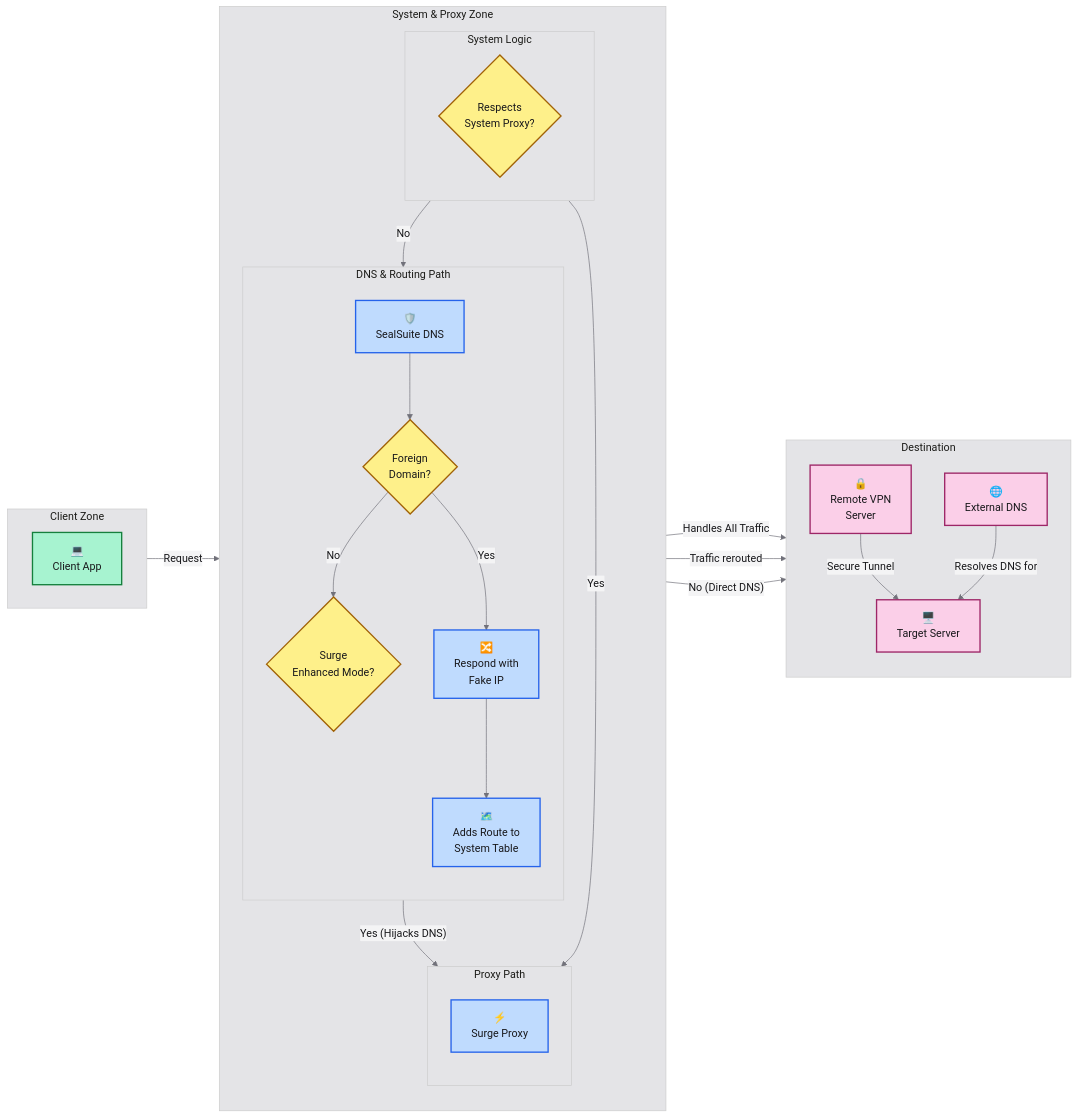
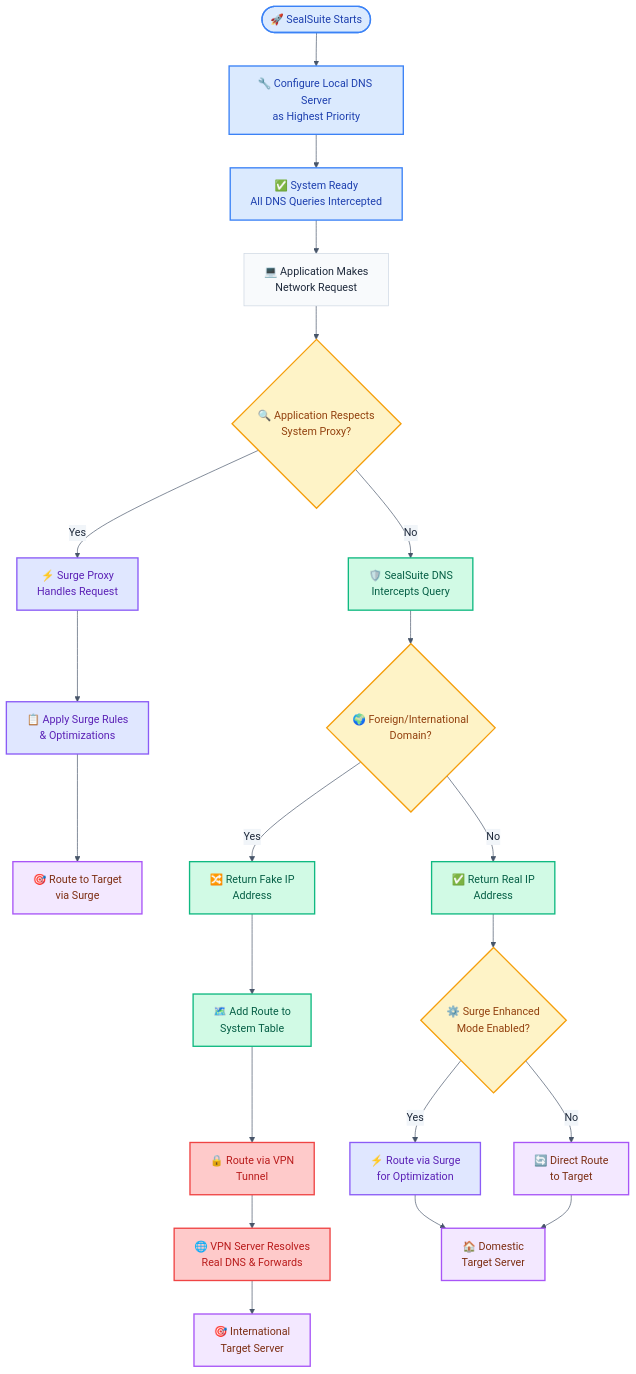
Before and after one commit to Liu-huaicheng/surge-modules: the diagram in docs/sealsuite-surge-integration-flow.md, drawn with Mermaid. The commit also changed other lines of this file, not shown here.

First line of the commit message:
Update SealSuite documentation with comprehensive workflow explanation

````diff
--- a/docs/sealsuite-surge-integration-flow.md
+++ b/docs/sealsuite-surge-integration-flow.md
@@ -7,58 +7,57 @@
 ```mermaid
-%%{init: {'theme': 'base', 'themeVariables': { 'primaryColor': '#F4F4F5', 'primaryTextColor': '#18181B', 'primaryBorderColor': '#E4E4E7', 'lineColor': '#71717A', 'secondaryColor': '#F4F4F5', 'tertiaryColor': '#E4E4E7'}}}%%
-graph LR
-    subgraph Client Zone
-        direction LR
-        A["💻<br>Client App"]
-    end
+%%{init: {'theme': 'base', 'themeVariables': { 'primaryColor': '#F8FAFC', 'primaryTextColor': '#1E293B', 'primaryBorderColor': '#CBD5E1', 'lineColor': '#475569', 'secondaryColor': '#F1F5F9', 'tertiaryColor': '#E2E8F0', 'background': '#FFFFFF', 'mainBkg': '#F8FAFC', 'secondBkg': '#F1F5F9'}}}%%
+flowchart TD
+    %% Setup Phase
+    Start([🚀 SealSuite Starts]) --> Setup[🔧 Configure Local DNS Server<br/>as Highest Priority]
+    Setup --> Ready[✅ System Ready<br/>All DNS Queries Intercepted]
 
-    subgraph System & Proxy Zone
-        direction TB
-        subgraph System Logic
-            direction LR
-            B{Respects<br>System Proxy?}
-        end
-        subgraph DNS & Routing Path
-            direction TB
-            C["🛡️<br>SealSuite DNS"] --> D{Foreign<br>Domain?}
-            D -- No --> F{Surge<br>Enhanced Mode?}
-            D -- Yes --> E["🔀<br>Respond with<br>Fake IP"]
-            E --> J["🗺️<br>Adds Route to<br>System Table"]
-        end
-        subgraph Proxy Path
-             direction TB
-             G["⚡️<br>Surge Proxy"]
-        end
-    end
+    %% Application Request
+    Ready --> AppReq[💻 Application Makes<br/>Network Request]
 
-    subgraph Destination
-        direction TB
-        H["🖥️<br>Target Server"]
-        I["🌐<br>External DNS"]
-        K["🔒<br>Remote VPN<br>Server"]
-    end
+    %% Proxy Detection
+    AppReq --> ProxyCheck{🔍 Application Respects<br/>System Proxy?}
 
-    A -- Request --> B
+    %% Surge Path
+    ProxyCheck -->|Yes| SurgeProxy[⚡ Surge Proxy<br/>Handles Request]
+    SurgeProxy --> SurgeRules[📋 Apply Surge Rules<br/>& Optimizations]
+    SurgeRules --> SurgeTarget[🎯 Route to Target<br/>via Surge]
 
-    B -- Yes --> G
-    G -- "Handles All Traffic" --> H
+    %% SealSuite DNS Path
+    ProxyCheck -->|No| DNSIntercept[🛡️ SealSuite DNS<br/>Intercepts Query]
 
-    B -- No --> C
-    
-    J -- "Traffic rerouted" --> K
-    K -- "Secure Tunnel" --> H
-    
-    F -- "Yes (Hijacks DNS)" --> G
-    F -- "No (Direct DNS)" --> I
-    I -- "Resolves DNS for" --> H
-    
-    classDef client fill:#A7F3D0,stroke:#15803D,stroke-width:2px,color:#18181B
-    classDef system fill:#BFDBFE,stroke:#2563EB,stroke-width:2px,color:#18181B
-    classDef destination fill:#FBCFE8,stroke:#9D2667,stroke-width:2px,color:#18181B
-    classDef decision fill:#FEF08A,stroke:#A16207,stroke-width:2px,color:#18181B
+    %% Domain Classification
+    DNSIntercept --> DomainCheck{🌍 Foreign/International<br/>Domain?}
 
-    class A client
-    class C,E,G,J system
-    class H,I,K destination
-    class B,D,F decision
+    %% Foreign Domain Path
+    DomainCheck -->|Yes| FakeIP[🔀 Return Fake IP<br/>Address]
+    FakeIP --> RouteAdd[🗺️ Add Route to<br/>System Table]
+    RouteAdd --> VPNTunnel[🔒 Route via VPN<br/>Tunnel]
+    VPNTunnel --> VPNServer[🌐 VPN Server Resolves<br/>Real DNS & Forwards]
+    VPNServer --> ForeignTarget[🎯 International<br/>Target Server]
+
+    %% Domestic Domain Path
+    DomainCheck -->|No| RealIP[✅ Return Real IP<br/>Address]
+    RealIP --> EnhanceCheck{⚙️ Surge Enhanced<br/>Mode Enabled?}
+
+    %% Enhanced Mode Paths
+    EnhanceCheck -->|Yes| SurgeEnhanced[⚡ Route via Surge<br/>for Optimization]
+    SurgeEnhanced --> DomesticTarget[🏠 Domestic<br/>Target Server]
+
+    EnhanceCheck -->|No| DirectRoute[🔄 Direct Route<br/>to Target]
+    DirectRoute --> DomesticTarget
+
+    %% Styling
+    classDef setupPhase fill:#DBEAFE,stroke:#3B82F6,stroke-width:2px,color:#1E40AF
+    classDef dnsProcess fill:#D1FAE5,stroke:#10B981,stroke-width:2px,color:#065F46
+    classDef decision fill:#FEF3C7,stroke:#F59E0B,stroke-width:2px,color:#92400E
+    classDef surgeProcess fill:#E0E7FF,stroke:#8B5CF6,stroke-width:2px,color:#5B21B6
+    classDef vpnProcess fill:#FECACA,stroke:#EF4444,stroke-width:2px,color:#B91C1C
+    classDef target fill:#F3E8FF,stroke:#A855F7,stroke-width:2px,color:#7C2D12
+
+    class Start,Setup,Ready setupPhase
+    class DNSIntercept,FakeIP,RealIP,RouteAdd dnsProcess
+    class ProxyCheck,DomainCheck,EnhanceCheck decision
+    class SurgeProxy,SurgeRules,SurgeEnhanced surgeProcess
+    class VPNTunnel,VPNServer vpnProcess
+    class SurgeTarget,ForeignTarget,DomesticTarget,DirectRoute target
 ```
````
